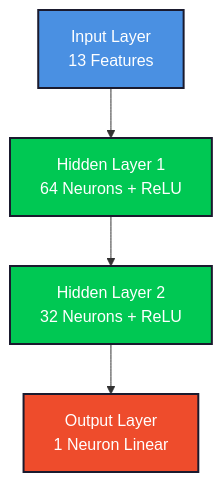
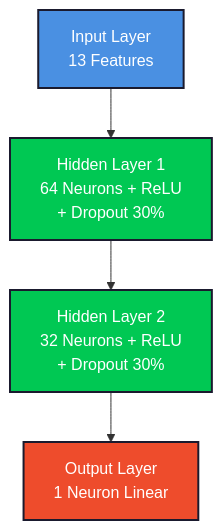
Before and after one commit to takaokensei/ufrn-ele-neural-regression: the first of 2 diagrams in README.md, drawn with Mermaid. The commit also changed other lines of this file, not shown here.

````diff
--- a/README.md
+++ b/README.md
@@ -159,11 +177,11 @@
 ```mermaid
 graph TD
-    A[Input Layer<br/>13 Features] --> B[Hidden Layer 1<br/>64 Neurons + ReLU]
-    B --> C[Hidden Layer 2<br/>32 Neurons + ReLU]
+    A[Input Layer<br/>13 Features] --> B[Hidden Layer 1<br/>64 Neurons + ReLU<br/>+ Dropout 30%]
+    B --> C[Hidden Layer 2<br/>32 Neurons + ReLU<br/>+ Dropout 30%]
     C --> D[Output Layer<br/>1 Neuron Linear]
     
     style A fill:#4A90E2,stroke:#1a1a2e,stroke-width:2px,color:#fff
     style B fill:#00C853,stroke:#1a1a2e,stroke-width:2px,color:#fff
     style C fill:#00C853,stroke:#1a1a2e,stroke-width:2px,color:#fff
     style D fill:#EE4C2C,stroke:#1a1a2e,stroke-width:2px,color:#fff
 ```
````
